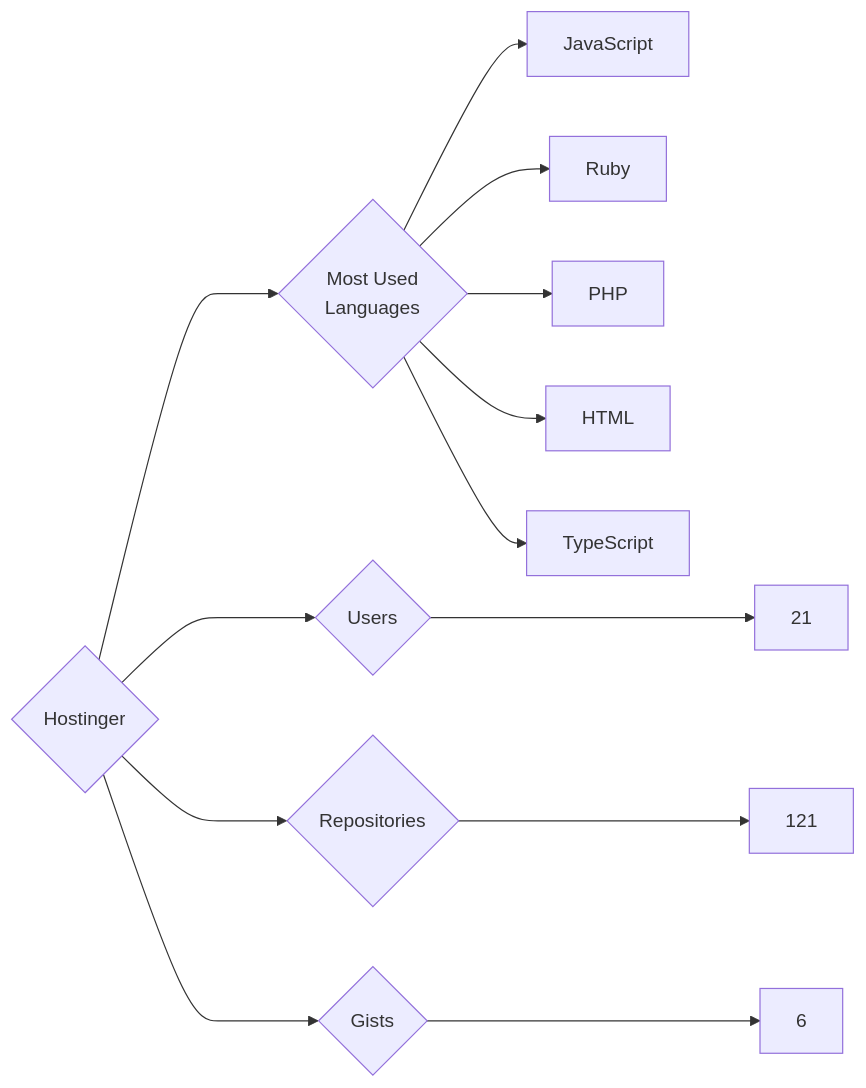
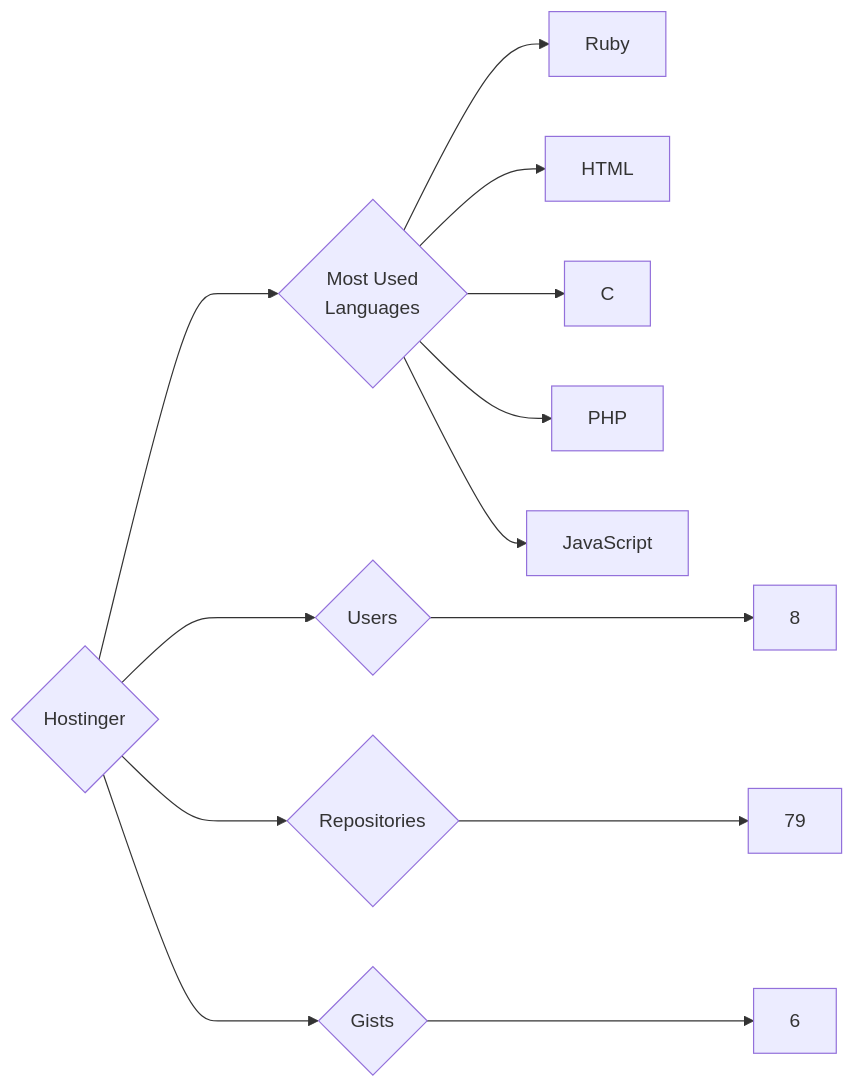
One commit to trickest/insiders changed the diagram in targets/Hostinger/README.md. Above: the diagram before and after it, drawn with Mermaid. The commit also changed 777 other files, not shown here.

````diff
--- a/targets/Hostinger/README.md
+++ b/targets/Hostinger/README.md
@@ -3,13 +3,13 @@
 ```mermaid
 graph LR
 COMPANY_NAME{Hostinger}
-COMPANY_NAME ---> U{Users} ---> UN[21]
-COMPANY_NAME ---> R{Repositories} ---> RN[121]
+COMPANY_NAME ---> U{Users} ---> UN[8]
+COMPANY_NAME ---> R{Repositories} ---> RN[79]
 COMPANY_NAME ---> G{Gists} ---> GN[6]
 COMPANY_NAME ---> ML{Most Used<br>Languages}
+ML --> Ruby[Ruby]
+ML --> HTML[HTML]
+ML --> C[C]
+ML --> PHP[PHP]
 ML --> JavaScript[JavaScript]
-ML --> Ruby[Ruby]
-ML --> PHP[PHP]
-ML --> HTML[HTML]
-ML --> TypeScript[TypeScript]
 ```
````
